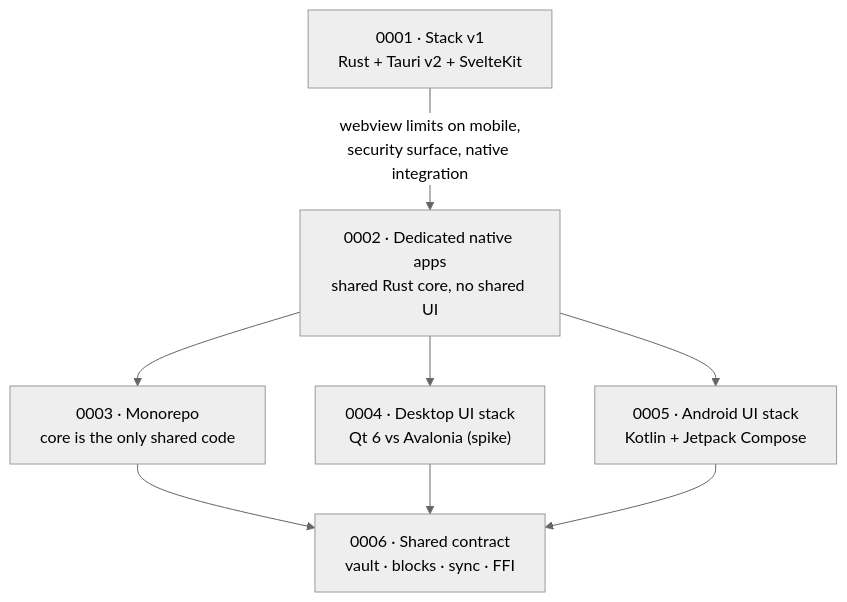
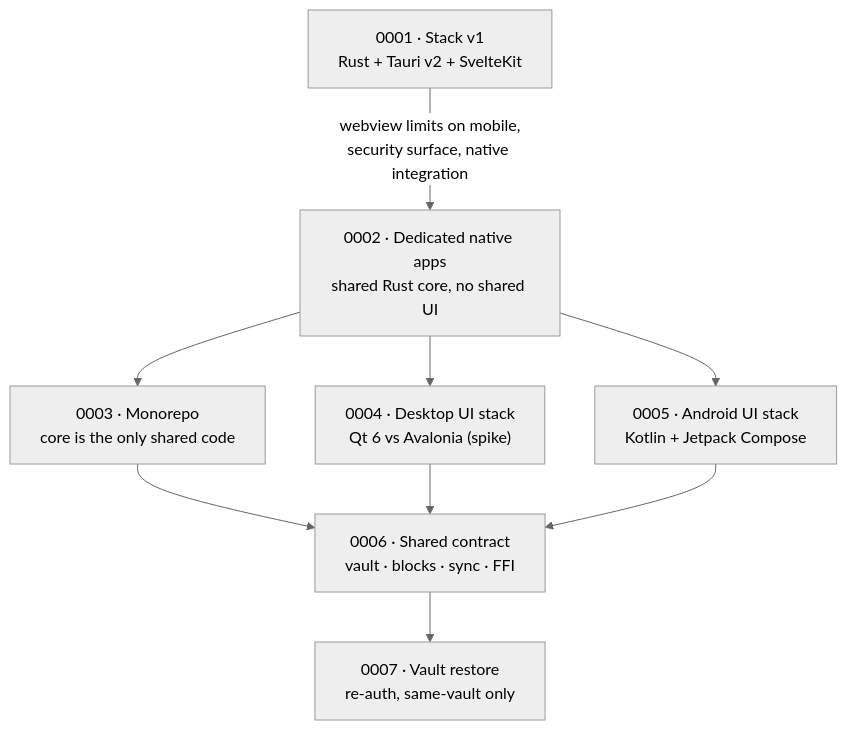
One commit to Pranesh-Selvaraj/Enclave changed the diagram in docs/decisions/README.md. Above: the diagram before and after it, drawn with Mermaid (neutral theme). The commit also changed other lines of this file and 8 other files, not shown here.

First line of the commit message:
feat(core,android): restore a vault backup (ADR 0007)

````diff
--- a/docs/decisions/README.md
+++ b/docs/decisions/README.md
@@ -29,10 +30,11 @@
 ```mermaid
 graph TD
     A["0001 · Stack v1<br/>Rust + Tauri v2 + SvelteKit"] -->|webview limits on mobile,<br/>security surface, native integration| B["0002 · Dedicated native apps<br/>shared Rust core, no shared UI"]
     B --> C["0003 · Monorepo<br/>core is the only shared code"]
     B --> D["0004 · Desktop UI stack<br/>Qt 6 vs Avalonia (spike)"]
     B --> E["0005 · Android UI stack<br/>Kotlin + Jetpack Compose"]
     C --> F["0006 · Shared contract<br/>vault · blocks · sync · FFI"]
     D --> F
     E --> F
+    F --> G["0007 · Vault restore<br/>re-auth, same-vault only"]
 ```
````
